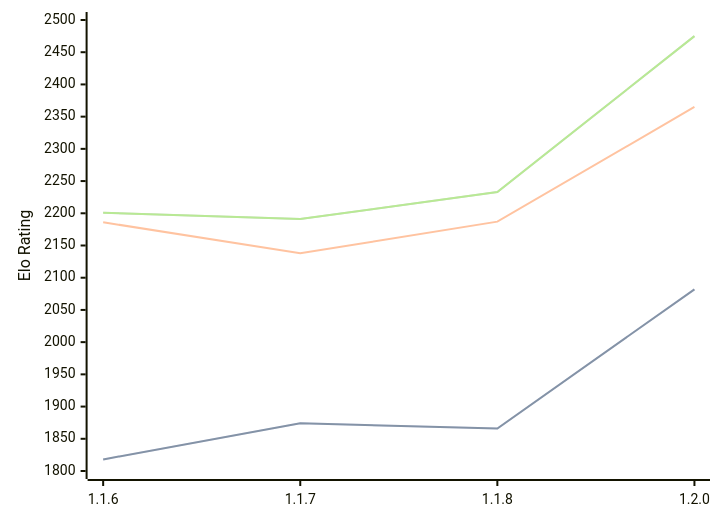
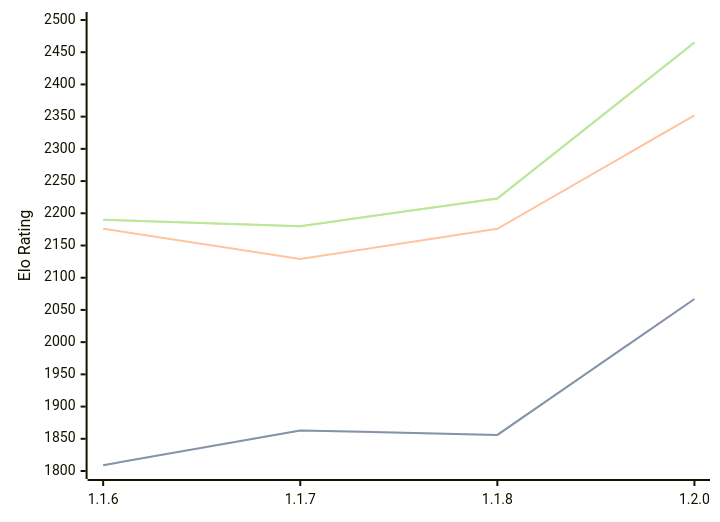
Before and after one commit to computer-chess-index/cci: the diagram in engines/Soomi.md, drawn with Mermaid. The commit also changed other lines of this file, not shown here.

Commit message:
Update CCI Ratings (ELO VLTC) - 2026-03-19

````diff
--- a/engines/Soomi.md
+++ b/engines/Soomi.md
@@ -32,11 +32,11 @@
 ```mermaid
 %%{init: {"theme":"base","themeVariables":{"seriesColors:['#a3a3a3','#222221','#faa371']}}}%%
 xychart-beta
   x-axis ["1.1.6", "1.1.7", "1.1.8", "1.2.0"]
   y-axis "Elo Rating" 1800 --> 2500
-  line "STC (8.0+0.08s)" [1818, 1874, 1866, 2082]
-  line "STC (8.0+0.08s)" [1818, 1874, 1866, 2082]
-  line "LTC (60.0+0.60s)" [2186, 2138, 2187, 2365]
-  line "VLTC (2m24s+1.12s)" [2201, 2191, 2233, 2475]
-  line "VLTC (2m24s+1.12s)" [2201, 2191, 2233, 2475]
+  line "STC (8.0+0.08s)" [1809, 1863, 1856, 2067]
+  line "STC (8.0+0.08s)" [1809, 1863, 1856, 2067]
+  line "LTC (60.0+0.60s)" [2176, 2129, 2176, 2352]
+  line "VLTC (2m24s+1.12s)" [2190, 2180, 2223, 2465]
+  line "VLTC (2m24s+1.12s)" [2190, 2180, 2223, 2465]
 ```
````
